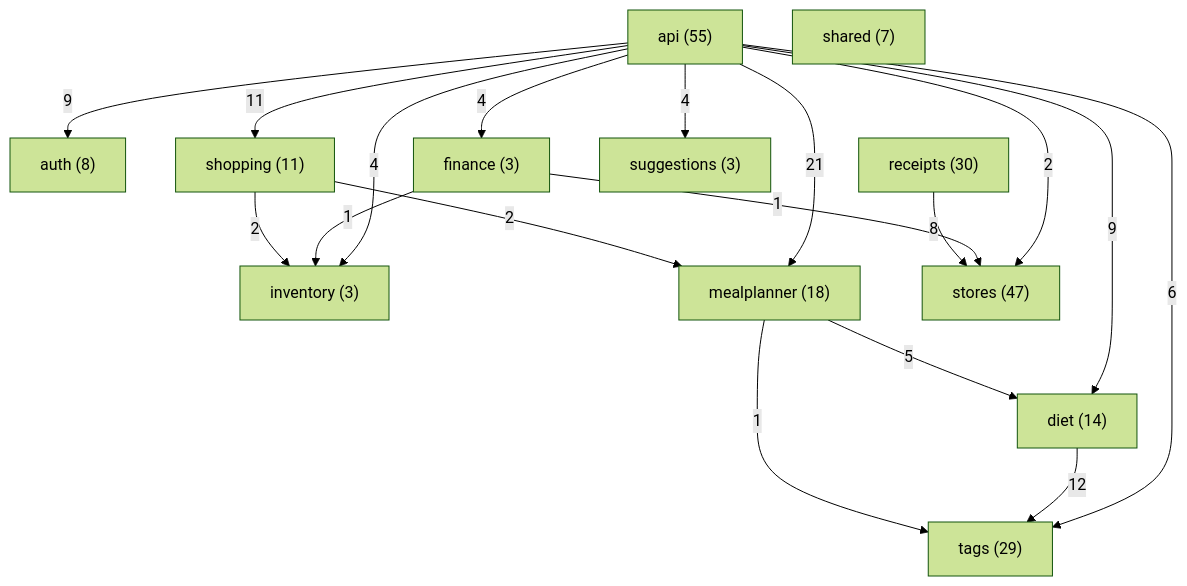
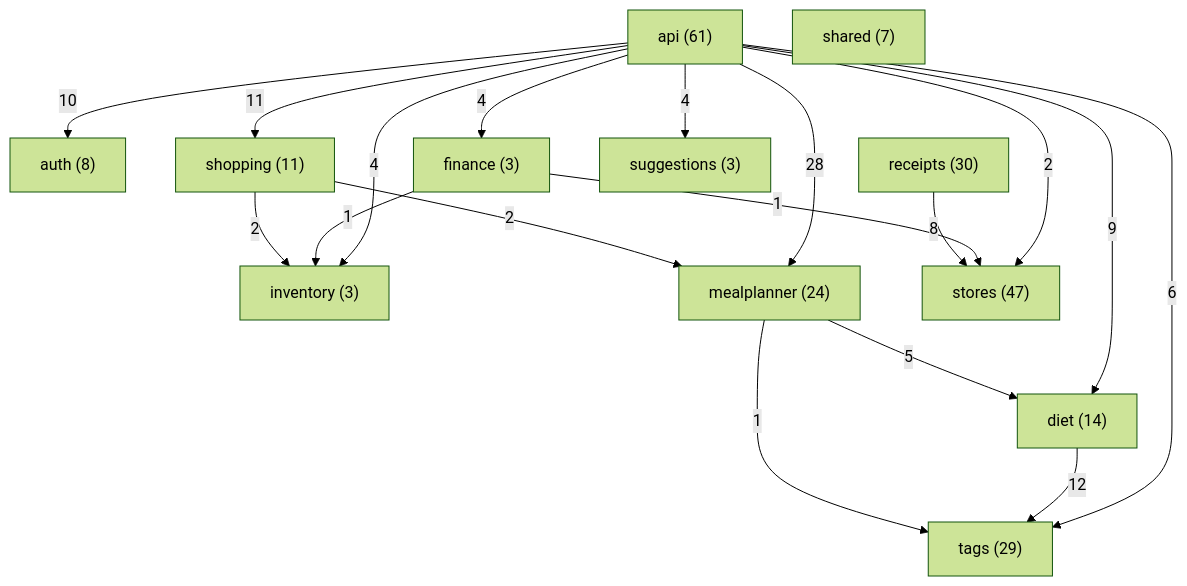
The diagram in docs/classes/README.md (Nate-ryan-7690/dahaem), drawn with Mermaid (forest theme) before and after one commit. The commit also changed other lines of this file and 5 other files, not shown here.

````diff
--- a/docs/classes/README.md
+++ b/docs/classes/README.md
@@ -9,32 +9,32 @@
 ```mermaid
 flowchart TD
-    api["api (55)"]
+    api["api (61)"]
     auth["auth (8)"]
     diet["diet (14)"]
     finance["finance (3)"]
     inventory["inventory (3)"]
-    mealplanner["mealplanner (18)"]
+    mealplanner["mealplanner (24)"]
     receipts["receipts (30)"]
     shared["shared (7)"]
     shopping["shopping (11)"]
     stores["stores (47)"]
     suggestions["suggestions (3)"]
     tags["tags (29)"]
-    api -->|9| auth
+    api -->|10| auth
     api -->|9| diet
     api -->|4| finance
     api -->|4| inventory
-    api -->|21| mealplanner
+    api -->|28| mealplanner
     api -->|11| shopping
     api -->|2| stores
     api -->|4| suggestions
     api -->|6| tags
     diet -->|12| tags
     finance -->|1| inventory
     finance -->|1| stores
     mealplanner -->|5| diet
     mealplanner -->|1| tags
     receipts -->|8| stores
     shopping -->|2| inventory
     shopping -->|2| mealplanner
 ```
````
